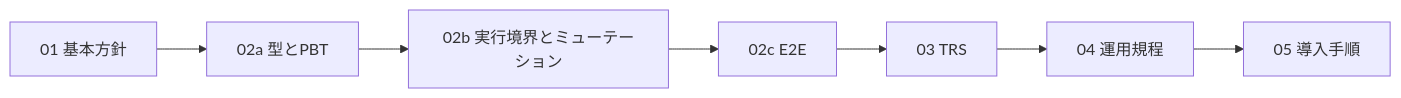
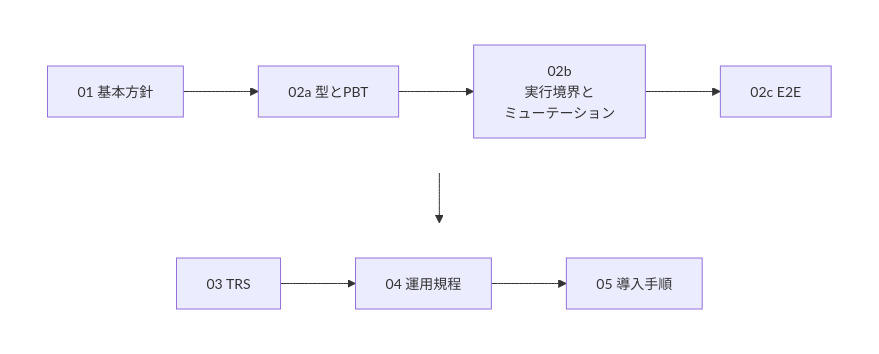
Before and after one commit to toshio-shiratori/harness-test-strategy: the third of 3 diagrams in README.md, drawn with Mermaid. The commit also changed other lines of this file, not shown here.

First line of the commit message:
docs: README の横に長い図(仕組み・読む順番)を本文の幅に収める (#209) (#217)

````diff
--- a/README.md
+++ b/README.md
@@ -60,4 +71,15 @@
 ```mermaid
-flowchart LR
-  A["01 基本方針"] --> B["02a 型とPBT"] --> C["02b 実行境界とミューテーション"] --> D["02c E2E"] --> E["03 TRS"] --> F["04 運用規程"] --> G["05 導入手順"]
+flowchart TB
+  subgraph R1[" "]
+    direction LR
+    A["01 基本方針"] --> B["02a 型とPBT"] --> C["02b<br/>実行境界と<br/>ミューテーション"] --> D["02c E2E"]
+  end
+  subgraph R2[" "]
+    direction LR
+    E["03 TRS"] --> F["04 運用規程"] --> G["05 導入手順"]
+  end
+  R1 --> R2
+  style R1 fill:none,stroke:none
+  style R2 fill:none,stroke:none
+  classDef default font-size:14px
 ```
````
